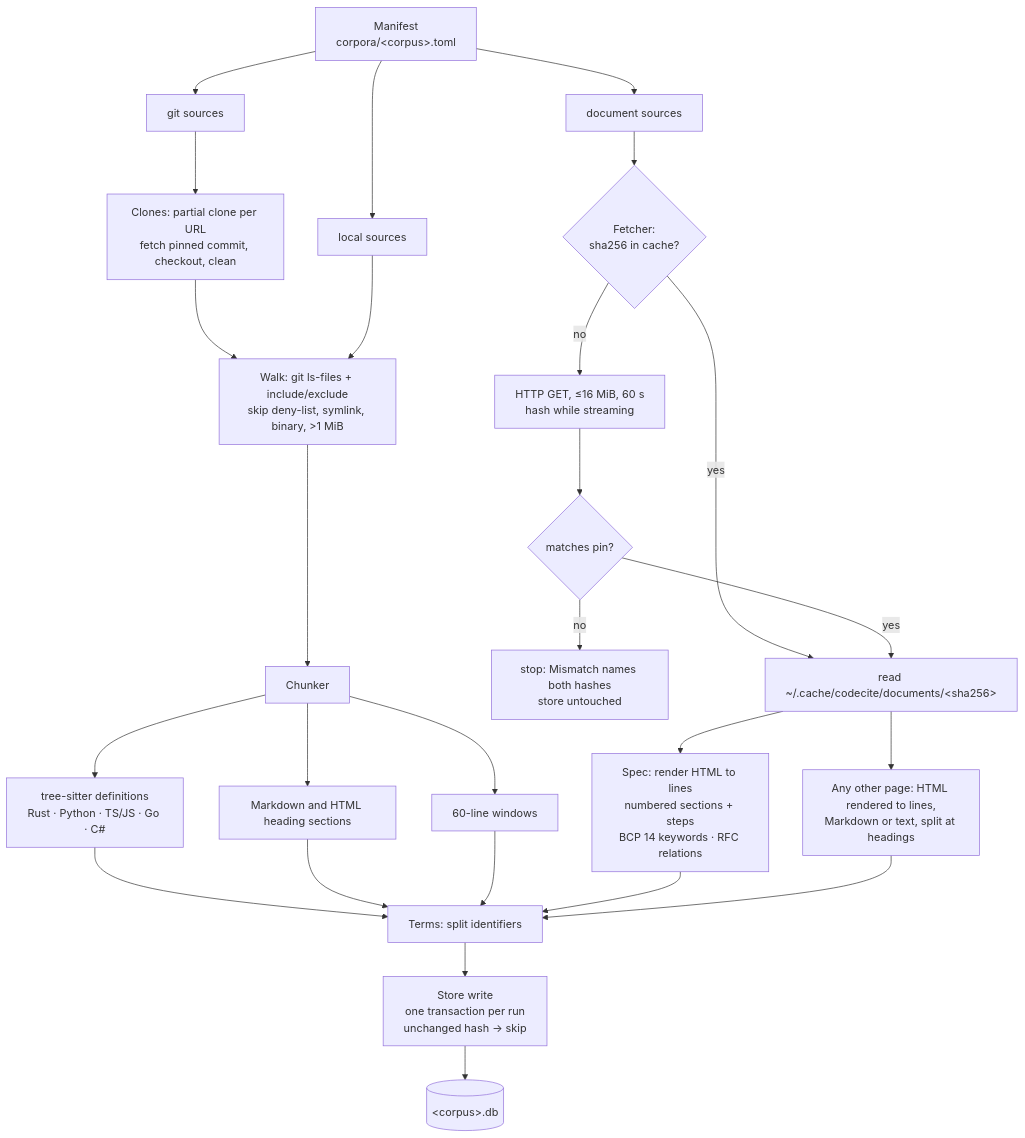
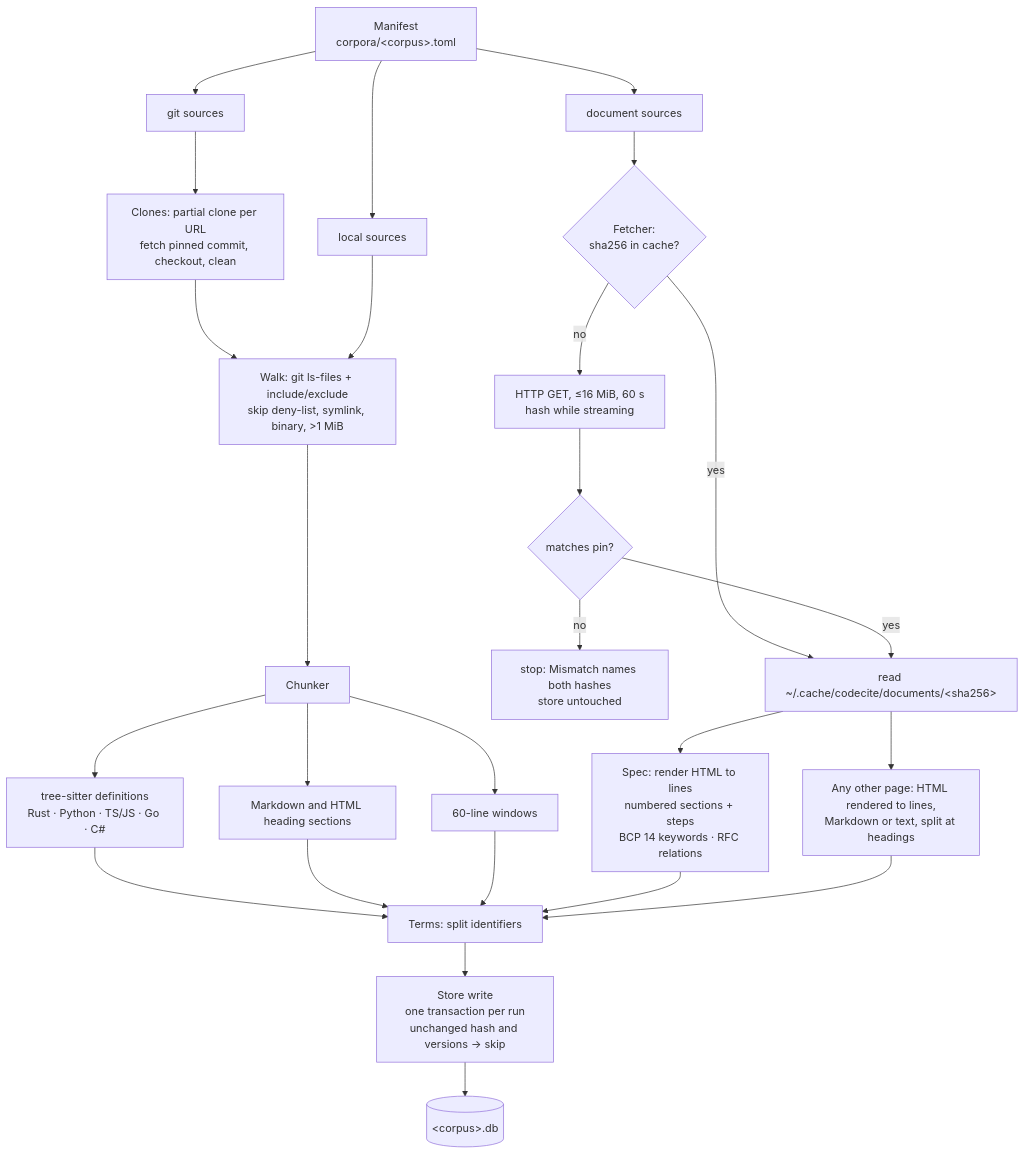
The third of 5 diagrams in docs/design.md (jamescrowley321/codecite), drawn with Mermaid before and after one commit. The commit also changed other lines of this file and 14 other files, not shown here.

````diff
--- a/docs/design.md
+++ b/docs/design.md
@@ -96,21 +96,21 @@
 ```mermaid
 flowchart TD
   manifest["Manifest<br/>corpora/#lt;corpus#gt;.toml"] --> docs & gits & locals
   docs["document sources"] --> fetcher{"Fetcher:<br/>sha256 in cache?"}
   fetcher -- yes --> cached["read ~/.cache/codecite/documents/#lt;sha256#gt;"]
   fetcher -- no --> get["HTTP GET, ≤16 MiB, 60 s<br/>hash while streaming"] --> pin{"matches pin?"}
   pin -- no --> stop["stop: Mismatch names both hashes<br/>store untouched"]
   pin -- yes --> cached
   gits["git sources"] --> clones["Clones: partial clone per URL<br/>fetch pinned commit, checkout, clean"]
   clones --> walk
   locals["local sources"] --> walk["Walk: git ls-files + include/exclude<br/>skip deny-list, symlink, binary, #gt;1 MiB"]
   walk --> chunker["Chunker"]
   chunker --> ts["tree-sitter definitions<br/>Rust · Python · TS/JS · Go · C#"]
   chunker --> md["Markdown and HTML heading sections"]
   chunker --> win["60-line windows"]
   cached --> spec["Spec: render HTML to lines<br/>numbered sections + steps<br/>BCP 14 keywords · RFC relations"]
   cached --> doc["Any other page: HTML rendered to lines,<br/>Markdown or text, split at headings"]
   ts & md & win & spec & doc --> terms["Terms: split identifiers"]
-  terms --> write["Store write<br/>one transaction per run<br/>unchanged hash → skip"]
+  terms --> write["Store write<br/>one transaction per run<br/>unchanged hash and versions → skip"]
   write --> db[("#lt;corpus#gt;.db")]
 ```
````
